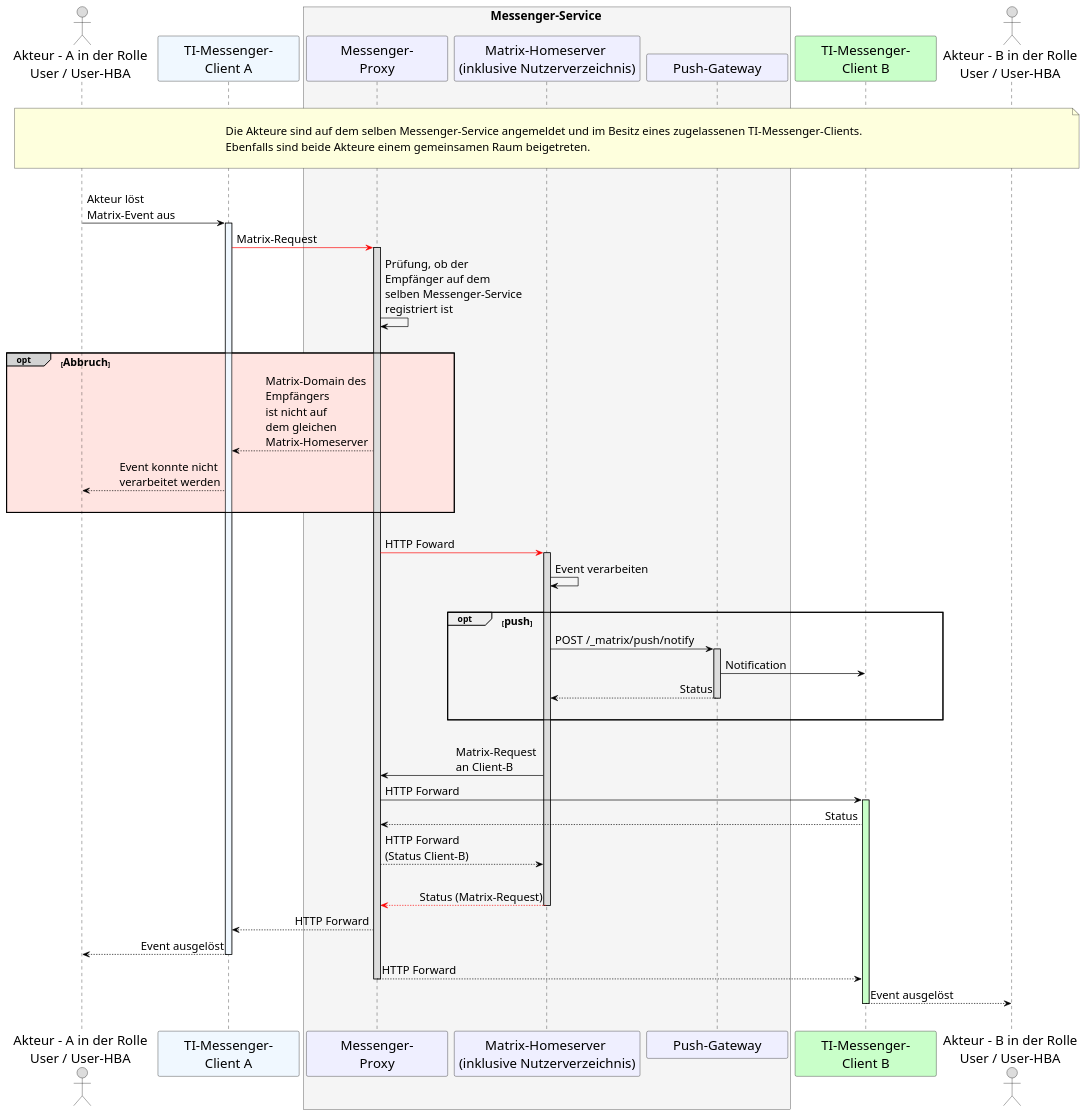
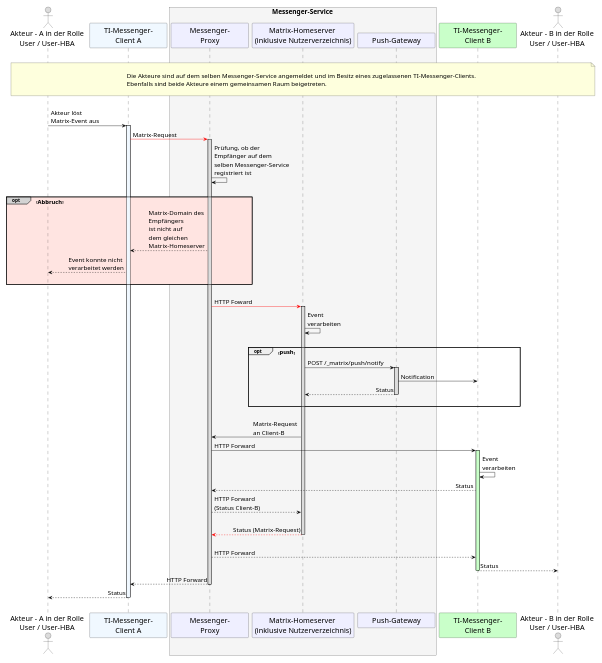
Before and after one commit to gematik/api-ti-messenger: the diagram in src/plantuml/TI-Messenger-Dienst/Ressourcen/UC_10063_Seq.puml, drawn with PlantUML.

```diff
--- a/src/plantuml/TI-Messenger-Dienst/Ressourcen/UC_10063_Seq.puml
+++ b/src/plantuml/TI-Messenger-Dienst/Ressourcen/UC_10063_Seq.puml
@@ -9,87 +9,89 @@
 @startuml
 skinparam sequenceMessageAlign direction
 skinparam minClassWidth 200
 skinparam BoxPadding 1
 skinparam sequenceReferenceHeaderBackgroundColor palegreen
-scale max 2048 width
+scale max 900 width
 
 skinparam sequence {
 ArrowColor black
 ArrowFontSize 17
 ActorBorderColor black
 LifeLineBorderColor black
 LifeLineBackgroundColor Gainsboro
 
 ParticipantBorderColor Motivation
 ParticipantBackgroundColor Motivation
 ParticipantFontName Impact
 ParticipantFontSize 20
 ParticipantFontColor black
 ParticipantBorderColor Black
 ParticipantBackgroundColor MOTIVATION
 
 ActorBackgroundColor Gainsboro
 ActorFontColor black
 ActorFontSize 20
 ActorFontName Aapex
 }
     actor U1 as "Akteur - A in der Rolle\nUser / User-HBA"
     participant C1 as "TI-Messenger-\nClient A" #AliceBlue
     box <size:18>Messenger-Service</size> #WhiteSmoke
       participant MP as "Messenger-\nProxy"
       participant MH as "Matrix-Homeserver \n(inklusive Nutzerverzeichnis)"
       participant PG as "Push-Gateway"
     end box
     participant C2 as "TI-Messenger-\nClient B" #TECHNOLOGY
     actor U2 as "Akteur - B in der Rolle\nUser / User-HBA"
     
 |||
 note over U1, U2: \n<size:17>Die Akteure sind auf dem selben Messenger-Service angemeldet und im Besitz eines zugelassenen TI-Messenger-Clients.</size>\n<size:17>Ebenfalls sind beide Akteure einem gemeinsamen Raum beigetreten.</size>\n
 |||
 
     U1->C1: Akteur löst \nMatrix-Event aus
       activate C1 #AliceBlue
     C1-[#red]>MP: Matrix-Request
       activate MP
     MP->MP: Prüfung, ob der \nEmpfänger auf dem \nselben Messenger-Service \nregistriert ist
     
     |||
     opt#LightGrey #MistyRose <size:16>Abbruch</size>
       MP-->C1: Matrix-Domain des \nEmpfängers \nist nicht auf \ndem gleichen \nMatrix-Homeserver
       C1-->U1: Event konnte nicht \nverarbeitet werden
     |||
     end
     
     |||
     MP-[#red]>MH: HTTP Foward
       activate MH
-    MH->MH: Event verarbeiten
+    MH->MH: Event \nverarbeiten
     
     |||
     opt <size:16>push</size>
     MH->PG: POST /_matrix/push/notify
       activate PG
     PG->C2: Notification
     PG-->MH: Status
       deactivate PG
     |||
     end
     
     |||
     MH->MP: Matrix-Request \nan Client-B
     MP->C2: HTTP Forward
       activate C2 #TECHNOLOGY
+    C2->C2: Event \nverarbeiten
     C2-->MP: Status
     MP-->MH: HTTP Forward \n(Status Client-B)
     |||
     MH-[#red]->MP: Status (Matrix-Request)
       deactivate MH
+    |||
+    MP-->C2: HTTP Forward
+    C2-->U2: Status
+      deactivate C2
     MP-->C1: HTTP Forward
-    C1-->U1: Event ausgelöst
+      deactivate MP
+    C1-->U1: Status
       deactivate C1
-    MP-->C2: HTTP Forward
-      deactivate MP
-    C2-->U2: Event ausgelöst
-    deactivate C2
 |||
 @enduml
```
